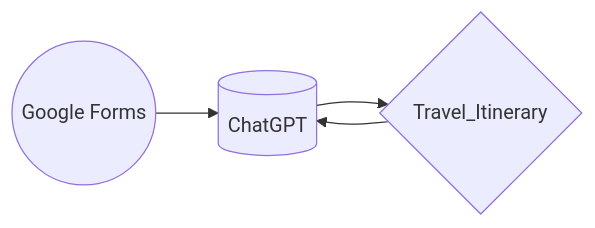
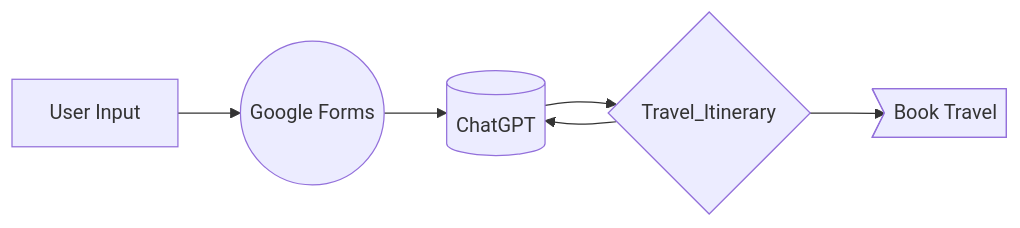
Before and after one commit to pjbrumm94/TravelApp: the diagram in README.md, drawn with Mermaid.

````diff
--- a/README.md
+++ b/README.md
@@ -7,6 +7,8 @@
 ```mermaid
 flowchart LR;
-  Input((Google Forms))-->LLM[(ChatGPT)];
+  user[User Input]-->In
+  In((Google Forms))-->LLM[(ChatGPT)];
   LLM-->Iti{Travel_Itinerary};
   Iti-->LLM;
+  Iti-->Trav>Book Travel]
 ```
````
